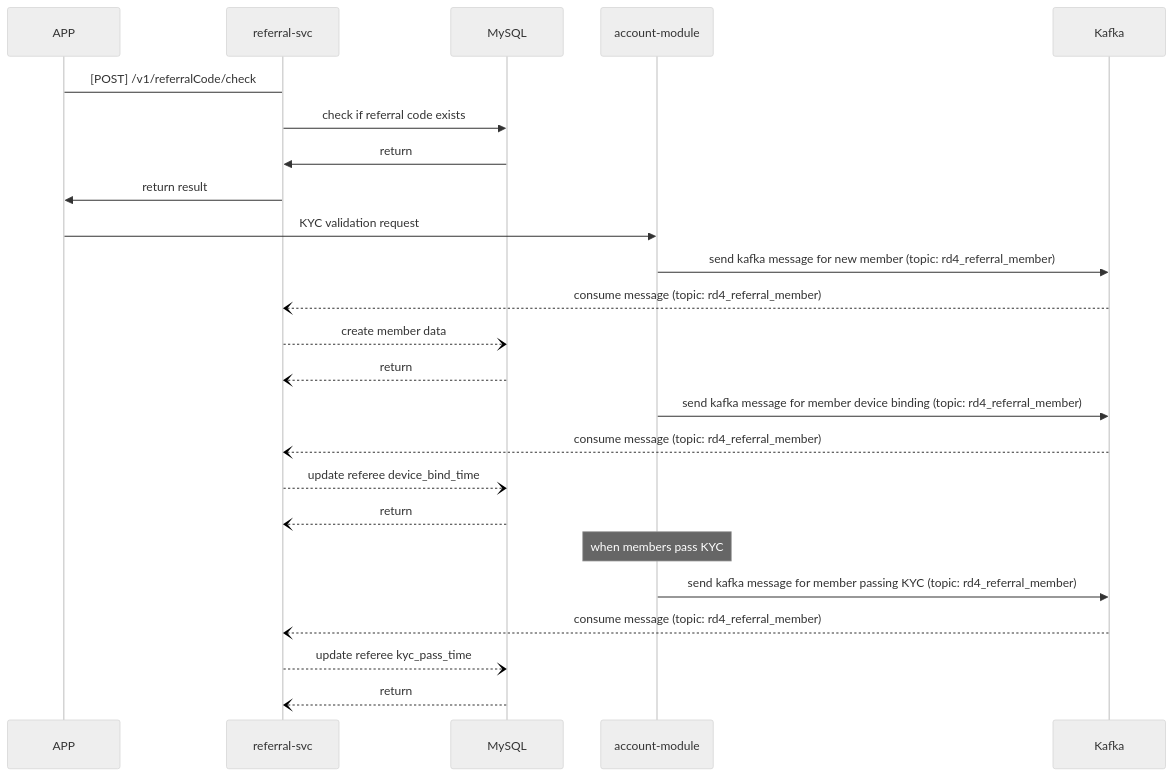
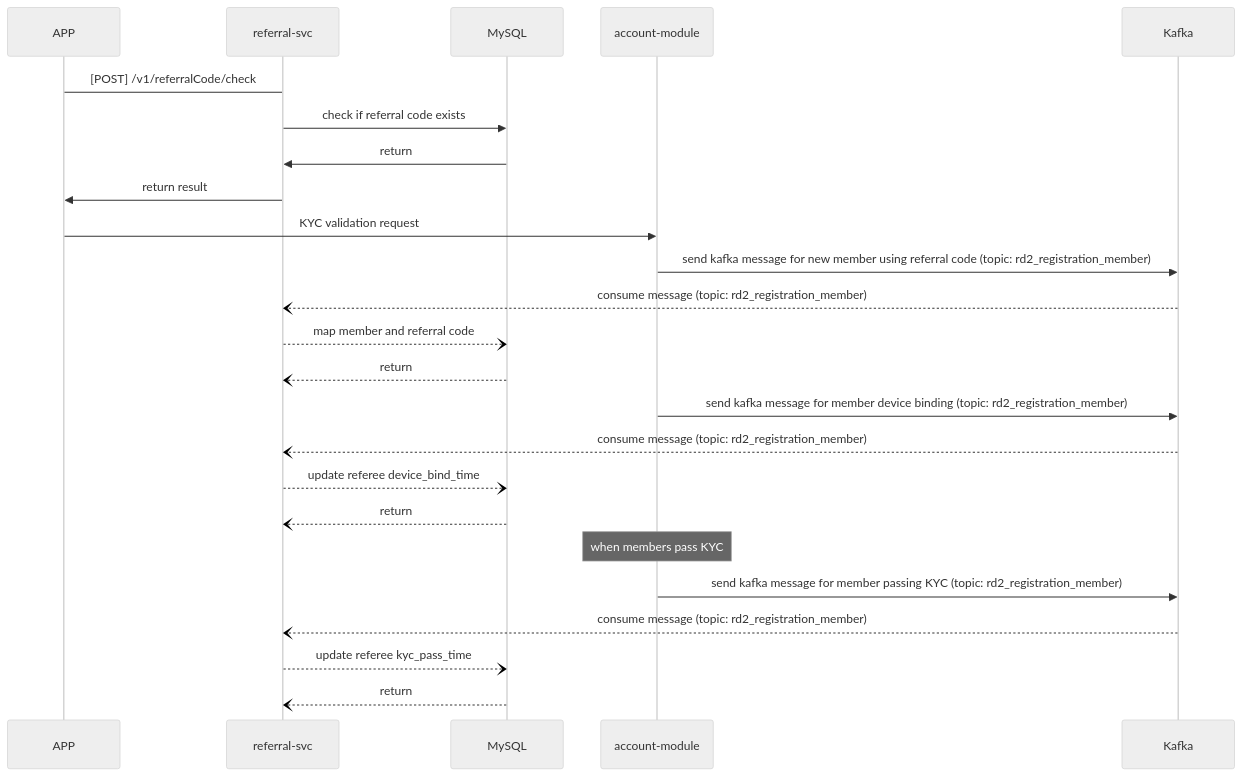
One commit to randallchang/referral_code changed the second of 6 diagrams in Referral Code (好友推薦碼) Design Review.md. Above: the diagram before and after it, drawn with Mermaid (neutral theme). The commit also changed other lines of this file and 2 other files, not shown here.

````diff
--- a/Referral Code (好友推薦碼) Design Review.md
+++ b/Referral Code (好友推薦碼) Design Review.md
@@ -19,23 +35,23 @@
 ```mermaid
 sequenceDiagram
 
 APP->referral-svc: [POST] /v1/referralCode/check
 referral-svc->>MySQL : check if referral code exists
 MySQL->>referral-svc : return
 referral-svc->>APP : return result
 APP->>account-module: KYC validation request
-account-module->>Kafka : send kafka message for new member (topic: rd4_referral_member)
-Kafka--)referral-svc : consume message (topic: rd4_referral_member)
-referral-svc--)MySQL : create member data
+account-module->>Kafka : send kafka message for new member using referral code (topic: rd2_registration_member)
+Kafka--)referral-svc : consume message (topic: rd2_registration_member)
+referral-svc--)MySQL : map member and referral code
 MySQL--)referral-svc : return
-account-module->>Kafka : send kafka message for member device binding (topic: rd4_referral_member)
-Kafka--)referral-svc : consume message (topic: rd4_referral_member)
+account-module->>Kafka : send kafka message for member device binding (topic: rd2_registration_member)
+Kafka--)referral-svc : consume message (topic: rd2_registration_member)
 referral-svc--)MySQL : update referee device_bind_time
 MySQL--)referral-svc : return
 Note over account-module: when members pass KYC
-account-module->>Kafka : send kafka message for member passing KYC (topic: rd4_referral_member)
-Kafka--)referral-svc : consume message (topic: rd4_referral_member)
+account-module->>Kafka : send kafka message for member passing KYC (topic: rd2_registration_member)
+Kafka--)referral-svc : consume message (topic: rd2_registration_member)
 referral-svc--)MySQL : update referee kyc_pass_time
 MySQL--)referral-svc : return
 
 ```
````
